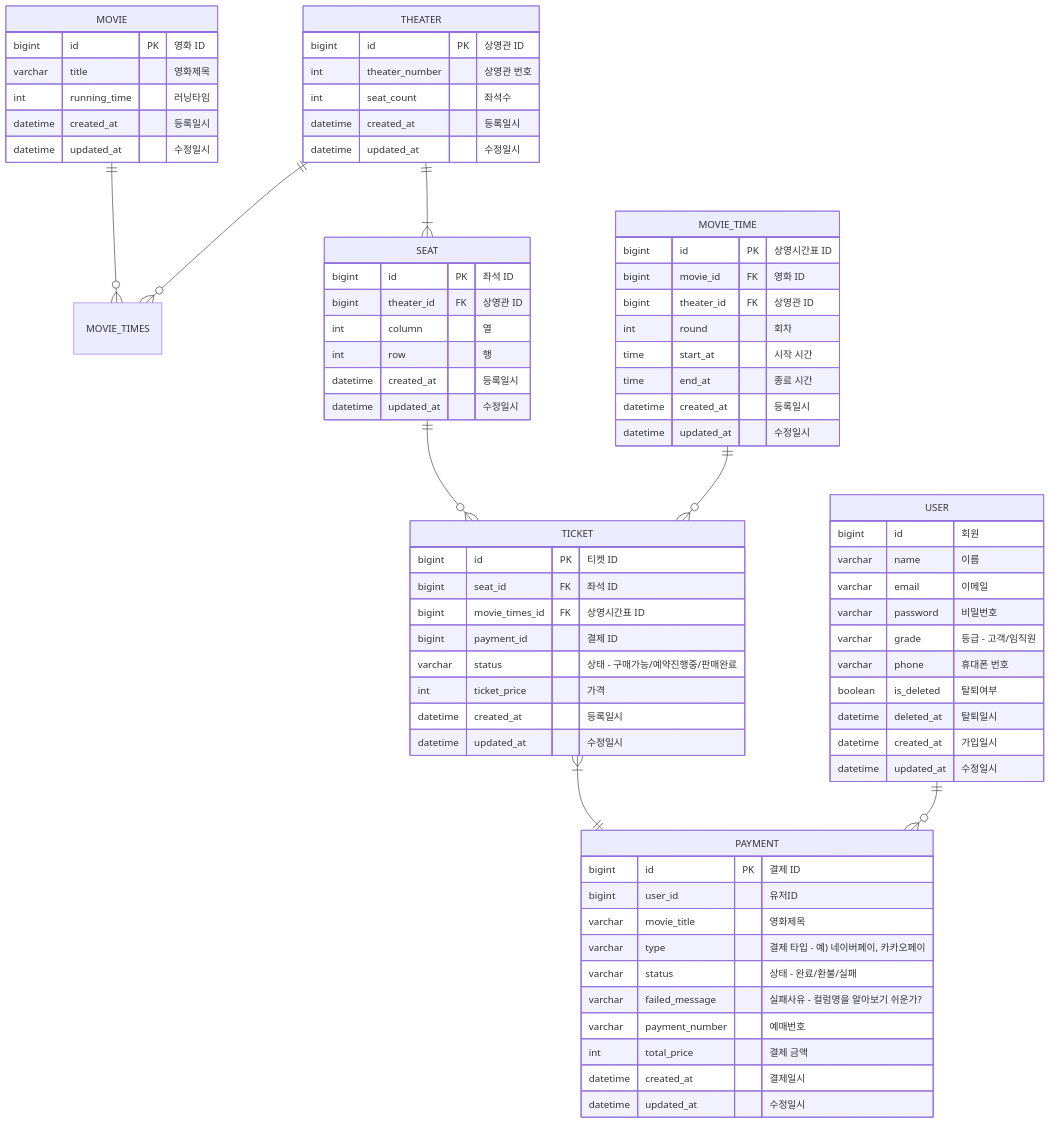
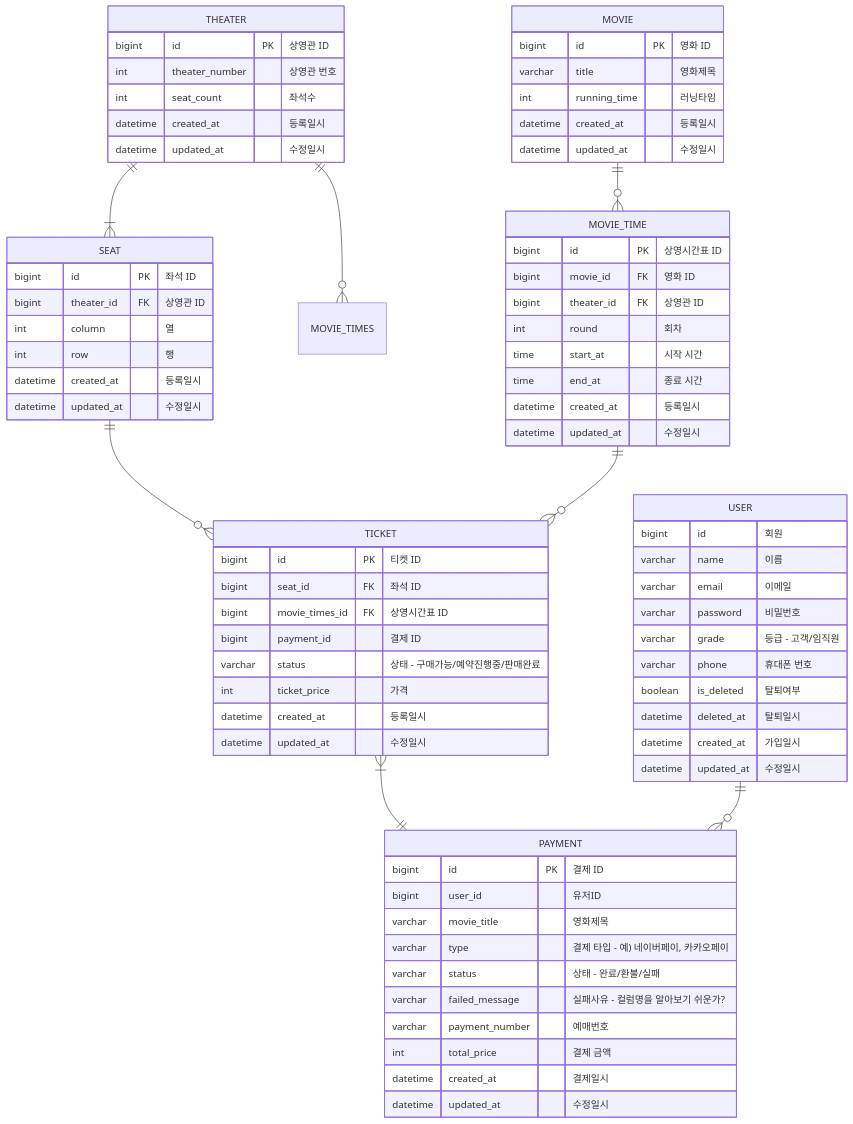
Before and after one commit to f-lab-edu/Ticketing: the diagram in README.md, drawn with Mermaid.

````diff
--- a/README.md
+++ b/README.md
@@ -45,76 +45,76 @@
 ``` mermaid
 erDiagram
-    MOVIE ||--o{ MOVIE_TIMES : ""
+    MOVIE ||--o{ MOVIE_TIME : ""
     MOVIE {
         bigint id PK "영화 ID"
         varchar title "영화제목"
         int running_time "러닝타임"
         datetime created_at "등록일시"
         datetime updated_at "수정일시"
     }
     THEATER ||--o{ MOVIE_TIMES : ""
     THEATER ||--|{ SEAT : ""
     THEATER {
         bigint id PK "상영관 ID"
         int theater_number "상영관 번호"
         int seat_count "좌석수"
         datetime created_at "등록일시"
         datetime updated_at "수정일시"
     }
     SEAT ||--o{ TICKET : ""
     SEAT {
         bigint id PK "좌석 ID"
         bigint theater_id FK "상영관 ID"
         int column "열"
         int row "행"
         datetime created_at "등록일시"
         datetime updated_at "수정일시"
     }
     MOVIE_TIME ||--o{ TICKET : ""
     MOVIE_TIME {
         bigint id PK "상영시간표 ID"
         bigint movie_id FK "영화 ID"
         bigint theater_id FK "상영관 ID"
         int round "회차"
         time start_at "시작 시간"
         time end_at "종료 시간"
         datetime created_at "등록일시"
         datetime updated_at "수정일시"
     }
     TICKET {
         bigint id PK "티켓 ID"
         bigint seat_id FK "좌석 ID"
         bigint movie_times_id FK "상영시간표 ID"
         bigint payment_id "결제 ID"
         varchar status "상태 - 구매가능/예약진행중/판매완료"
         int ticket_price "가격"
         datetime created_at "등록일시"
         datetime updated_at "수정일시"
     }
     TICKET }|--|| PAYMENT : ""
     PAYMENT {
         bigint id PK "결제 ID"
         bigint user_id "유저ID"
         varchar movie_title "영화제목"
         varchar type "결제 타입 - 예) 네이버페이, 카카오페이"
         varchar status "상태 - 완료/환불/실패"
         varchar failed_message "실패사유 - 컬럼명을 알아보기 쉬운가?"
         varchar payment_number "예매번호"
         int total_price "결제 금액"
         datetime created_at "결제일시"
         datetime updated_at "수정일시"
     }
     USER ||--o{ PAYMENT : ""
     USER {
         bigint id "회원"
         varchar name "이름"
         varchar email "이메일"
         varchar password "비밀번호"
         varchar grade "등급 - 고객/임직원"
         varchar phone "휴대폰 번호"
         boolean is_deleted "탈퇴여부"
         datetime deleted_at "탈퇴일시"
         datetime created_at "가입일시"
         datetime updated_at "수정일시"
     }
 ```
````
